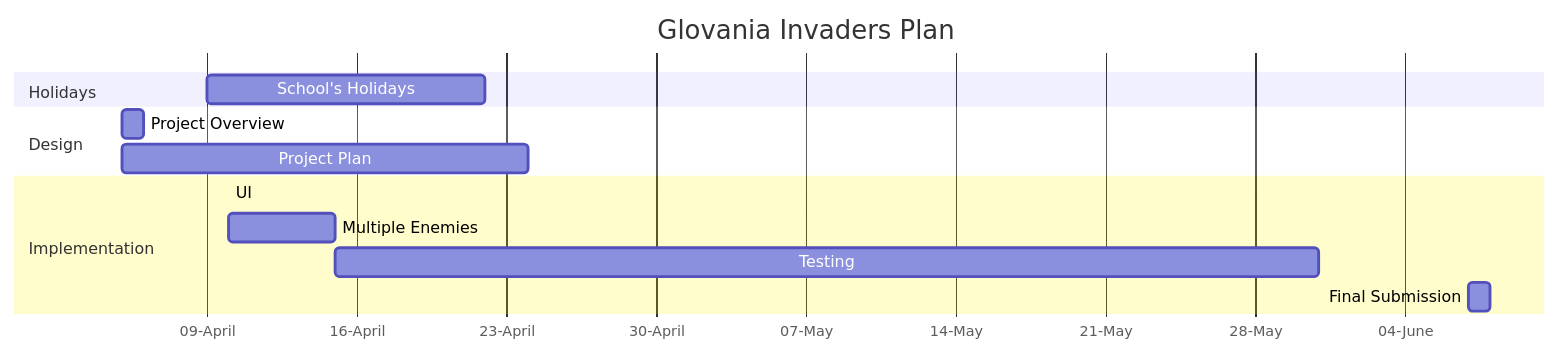
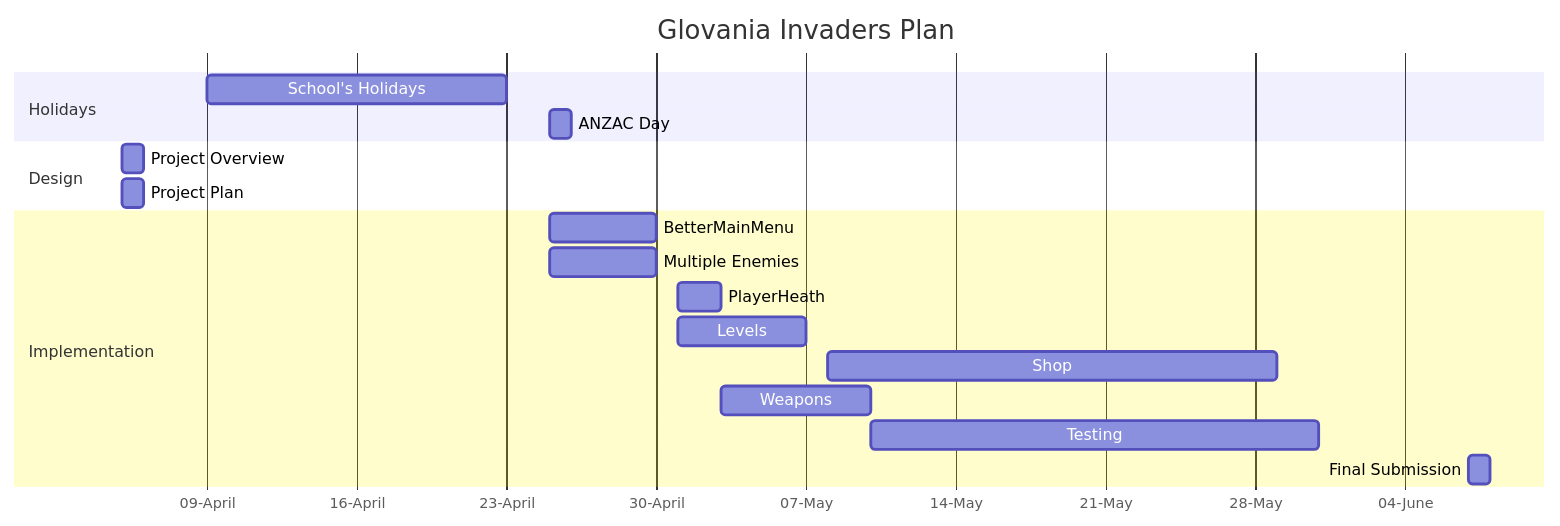
Before and after one commit to Glovania/Space-Invading: the diagram in Design.md, drawn with Mermaid.

Commit message:
Update Implementation

````diff
--- a/Design.md
+++ b/Design.md
@@ -31,21 +31,27 @@
 ```mermaid
 gantt
     title Glovania Invaders Plan
     dateFormat DD-MM-YYYY
     axisFormat %d-%B
     tickInterval 1week
 
     section Holidays
-    School's Holidays: 09-04-2023, 22-04-2023
+    School's Holidays: 09-04-2023, 23-04-2023
+    ANZAC Day: 25-04-2023, 1d
 
     section Design
     Project Overview: 05-04-2023, 1d
-    Project Plan: 05-04-2023, 24-04-2023
+    Project Plan: 05-04-2023, 1d
 
     section Implementation
-    UI: 10-04-2023
-    Multiple Enemies: 15-04-2023
+    BetterMainMenu: 25-04-2023, 30-04-2023
+    Multiple Enemies: 25-04-2023, 30-04-2023
+    PlayerHeath: 01-05-2023, 03-05-2023
+    Levels: 01-05-2023, 07-05-2023
+    Shop: 08-05-2023, 29-05-2023
+    Weapons: 03-05-2023, 10-05-2023
+
 
     Testing: 31-05-2023
     Final Submission: 07-06-2023, 1d
 ```
````
